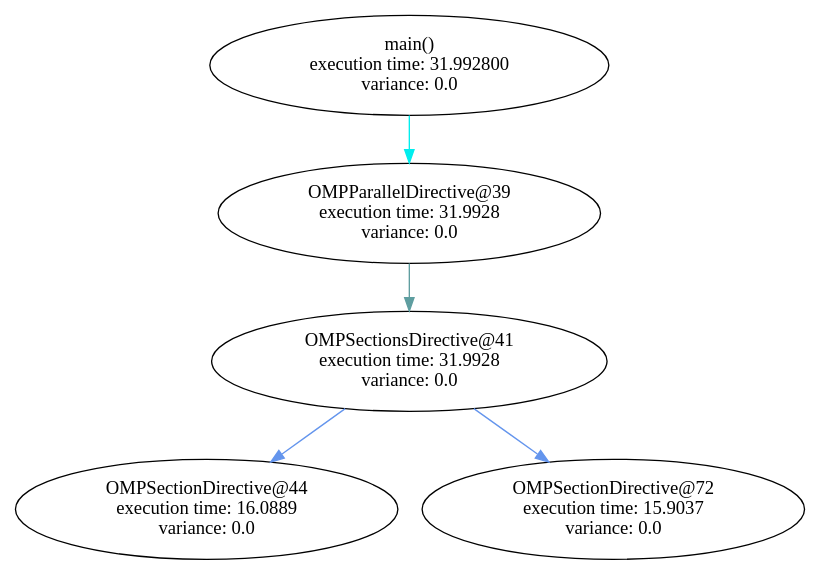
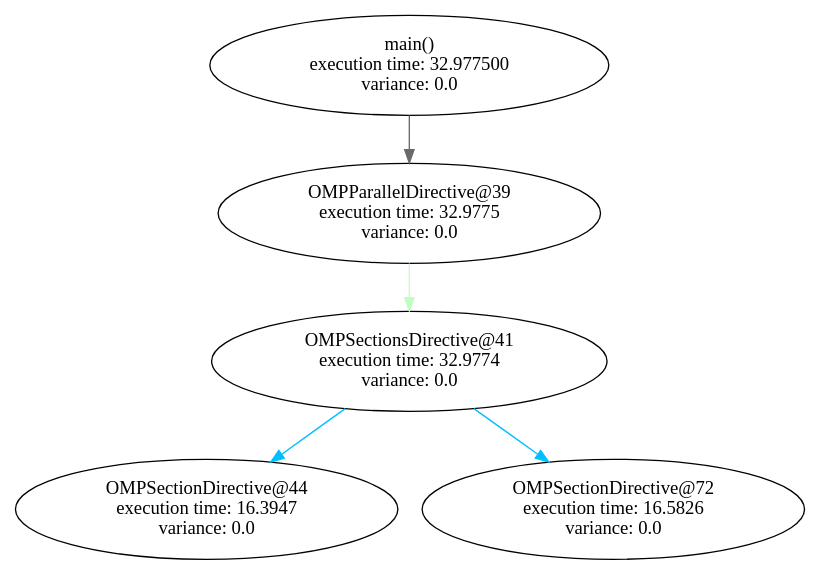
Before and after one commit to filippobrizzi/soma: the diagram in graph_sched/graphs/main_code.dot, drawn with Graphviz. The commit also changed 12 other files, not shown here.

```diff
--- a/graph_sched/graphs/main_code.dot
+++ b/graph_sched/graphs/main_code.dot
@@ -1,32 +1,32 @@
 digraph G {
 	graph [bb="0,0,500,412"];
 	node [label="\N"];
 	main	 [height=1.041,
-		label="main()\n execution time: 31.992800\nvariance: 0.0",
+		label="main()\n execution time: 32.977500\nvariance: 0.0",
 		pos="250,374",
 		width=3.4507];
 	"OMPParallelDirective@39"	 [height=1.041,
-		label="OMPParallelDirective@39\n execution time: 31.9928\nvariance: 0.0",
+		label="OMPParallelDirective@39\n execution time: 32.9775\nvariance: 0.0",
 		pos="250,262",
 		width=3.346];
-	main -> "OMPParallelDirective@39"	 [color=cyan2,
+	main -> "OMPParallelDirective@39"	 [color=dimgray,
 		pos="e,250,299.84 250,336.37 250,327.93 250,318.83 250,310.01"];
 	"OMPSectionsDirective@41"	 [height=1.041,
-		label="OMPSectionsDirective@41\n execution time: 31.9928\nvariance: 0.0",
+		label="OMPSectionsDirective@41\n execution time: 32.9774\nvariance: 0.0",
 		pos="250,150",
 		width=3.4507];
-	"OMPParallelDirective@39" -> "OMPSectionsDirective@41"	 [color=cadetblue,
+	"OMPParallelDirective@39" -> "OMPSectionsDirective@41"	 [color=darkseagreen1,
 		pos="e,250,187.84 250,224.37 250,215.93 250,206.83 250,198.01"];
 	"OMPSectionDirective@44"	 [height=1.041,
-		label="OMPSectionDirective@44\n execution time: 16.0889\nvariance: 0.0",
+		label="OMPSectionDirective@44\n execution time: 16.3947\nvariance: 0.0",
 		pos="120,38",
 		width=3.346];
-	"OMPSectionsDirective@41" -> "OMPSectionDirective@44"	 [color=cornflowerblue,
+	"OMPSectionsDirective@41" -> "OMPSectionDirective@44"	 [color=deepskyblue1,
 		pos="e,160.63,73.38 209.22,114.5 196.28,103.54 181.83,91.32 168.4,79.956"];
 	"OMPSectionDirective@72"	 [height=1.041,
-		label="OMPSectionDirective@72\n execution time: 15.9037\nvariance: 0.0",
+		label="OMPSectionDirective@72\n execution time: 16.5826\nvariance: 0.0",
 		pos="380,38",
 		width=3.346];
-	"OMPSectionsDirective@41" -> "OMPSectionDirective@72"	 [color=cornflowerblue,
+	"OMPSectionsDirective@41" -> "OMPSectionDirective@72"	 [color=deepskyblue1,
 		pos="e,339.37,73.38 290.78,114.5 303.72,103.54 318.17,91.32 331.6,79.956"];
 }
```
